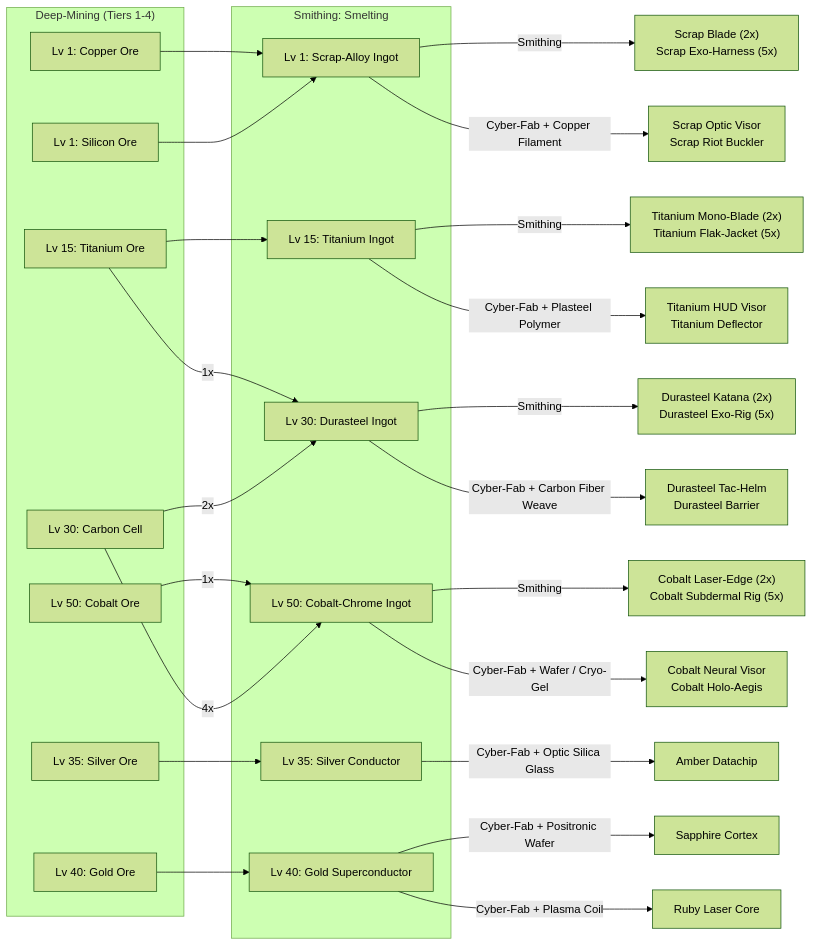
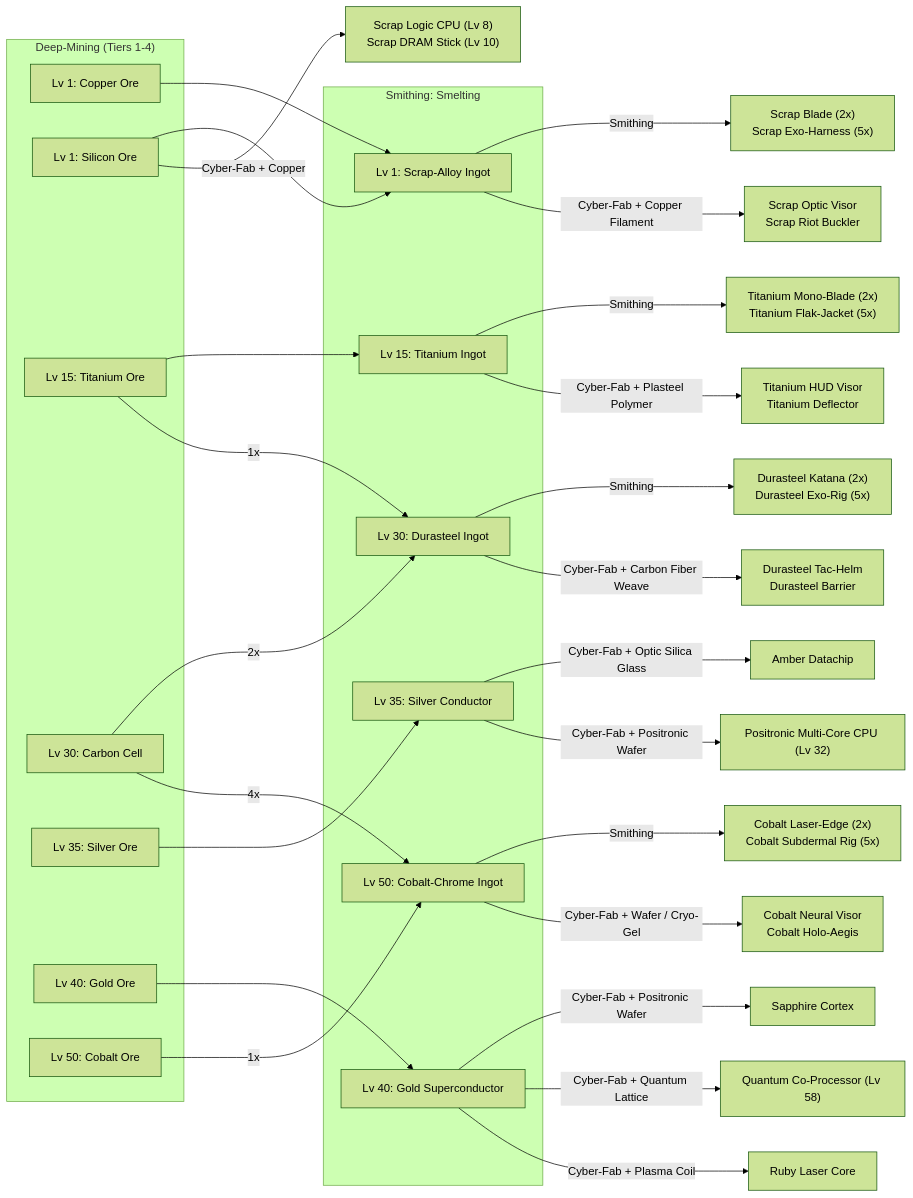
The third of 5 diagrams in docs/logistics.md (Mizux/routineverse), drawn with Mermaid (forest theme) before and after one commit. The commit also changed other lines of this file and 4 other files, not shown here.

````diff
--- a/docs/logistics.md
+++ b/docs/logistics.md
@@ -115,46 +127,49 @@
 ```mermaid
 flowchart LR
   subgraph Ores1["Deep-Mining (Tiers 1-4)"]
     O_CU["Lv 1: Copper Ore"]
     O_SI["Lv 1: Silicon Ore"]
     O_TI["Lv 15: Titanium Ore"]
     O_CC["Lv 30: Carbon Cell"]
     O_AG["Lv 35: Silver Ore"]
     O_AU["Lv 40: Gold Ore"]
     O_CO["Lv 50: Cobalt Ore"]
   end
 
   subgraph Ingots1["Smithing: Smelting"]
     A_SC["Lv 1: Scrap-Alloy Ingot"]
     A_TI["Lv 15: Titanium Ingot"]
     A_DU["Lv 30: Durasteel Ingot"]
     A_AG["Lv 35: Silver Conductor"]
     A_AU["Lv 40: Gold Superconductor"]
     A_CO["Lv 50: Cobalt-Chrome Ingot"]
   end
 
   O_CU & O_SI --> A_SC
+  O_SI -->|"Cyber-Fab + Copper"| HW_T1["Scrap Logic CPU (Lv 8)<br/>Scrap DRAM Stick (Lv 10)"]
   O_TI --> A_TI
   O_TI -->|"1x"| A_DU
   O_CC -->|"2x"| A_DU
   O_AG --> A_AG
   O_AU --> A_AU
   O_CO -->|"1x"| A_CO
   O_CC -->|"4x"| A_CO
 
   A_SC -->|"Smithing"| G_SC["Scrap Blade (2x)<br/>Scrap Exo-Harness (5x)"]
   A_SC -->|"Cyber-Fab + Copper Filament"| F_SC["Scrap Optic Visor<br/>Scrap Riot Buckler"]
 
   A_TI -->|"Smithing"| G_TI["Titanium Mono-Blade (2x)<br/>Titanium Flak-Jacket (5x)"]
   A_TI -->|"Cyber-Fab + Plasteel Polymer"| F_TI["Titanium HUD Visor<br/>Titanium Deflector"]
 
   A_DU -->|"Smithing"| G_DU["Durasteel Katana (2x)<br/>Durasteel Exo-Rig (5x)"]
   A_DU -->|"Cyber-Fab + Carbon Fiber Weave"| F_DU["Durasteel Tac-Helm<br/>Durasteel Barrier"]
 
   A_AG -->|"Cyber-Fab + Optic Silica Glass"| C_AMB["Amber Datachip"]
+  A_AG -->|"Cyber-Fab + Positronic Wafer"| HW_CPU2["Positronic Multi-Core CPU (Lv 32)"]
   A_AU -->|"Cyber-Fab + Positronic Wafer"| C_SAP["Sapphire Cortex"]
+  A_AU -->|"Cyber-Fab + Quantum Lattice"| HW_CPU3["Quantum Co-Processor (Lv 58)"]
   A_AU -->|"Cyber-Fab + Plasma Coil"| C_RUB["Ruby Laser Core"]
 
   A_CO -->|"Smithing"| G_CO["Cobalt Laser-Edge (2x)<br/>Cobalt Subdermal Rig (5x)"]
   A_CO -->|"Cyber-Fab + Wafer / Cryo-Gel"| F_CO["Cobalt Neural Visor<br/>Cobalt Holo-Aegis"]
 ```
````
